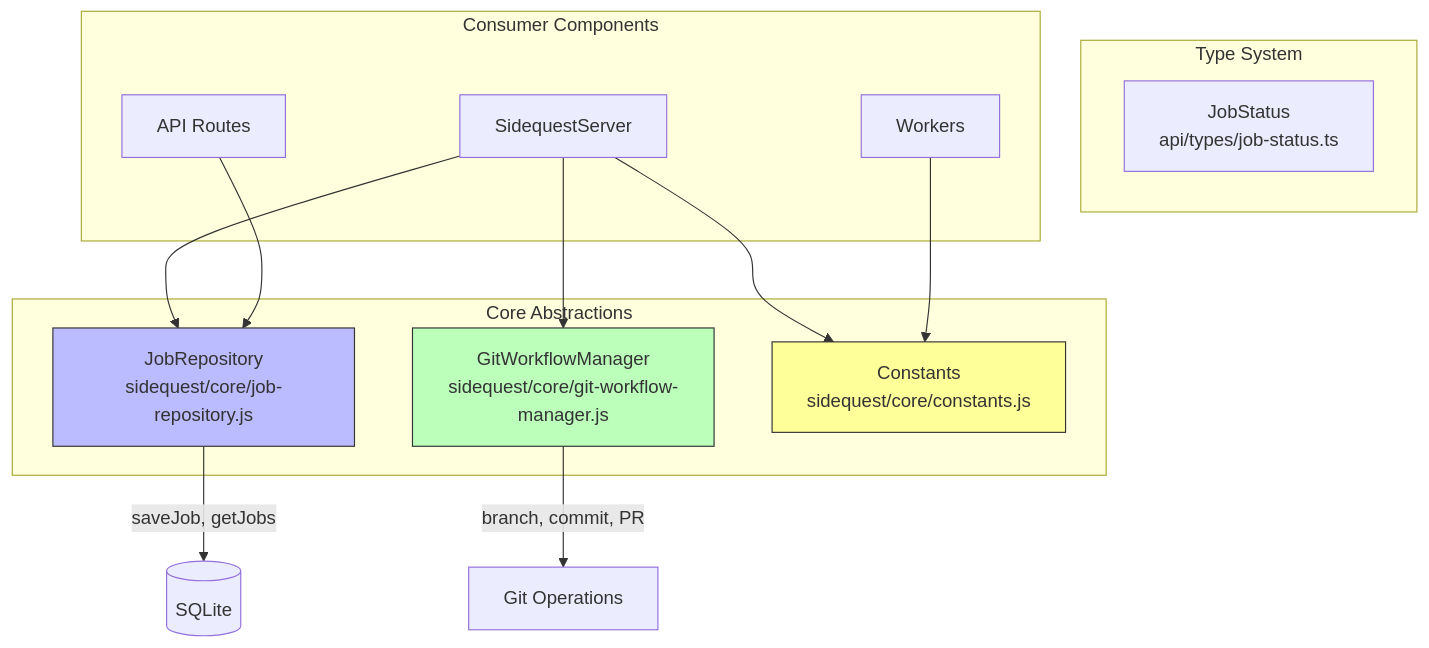
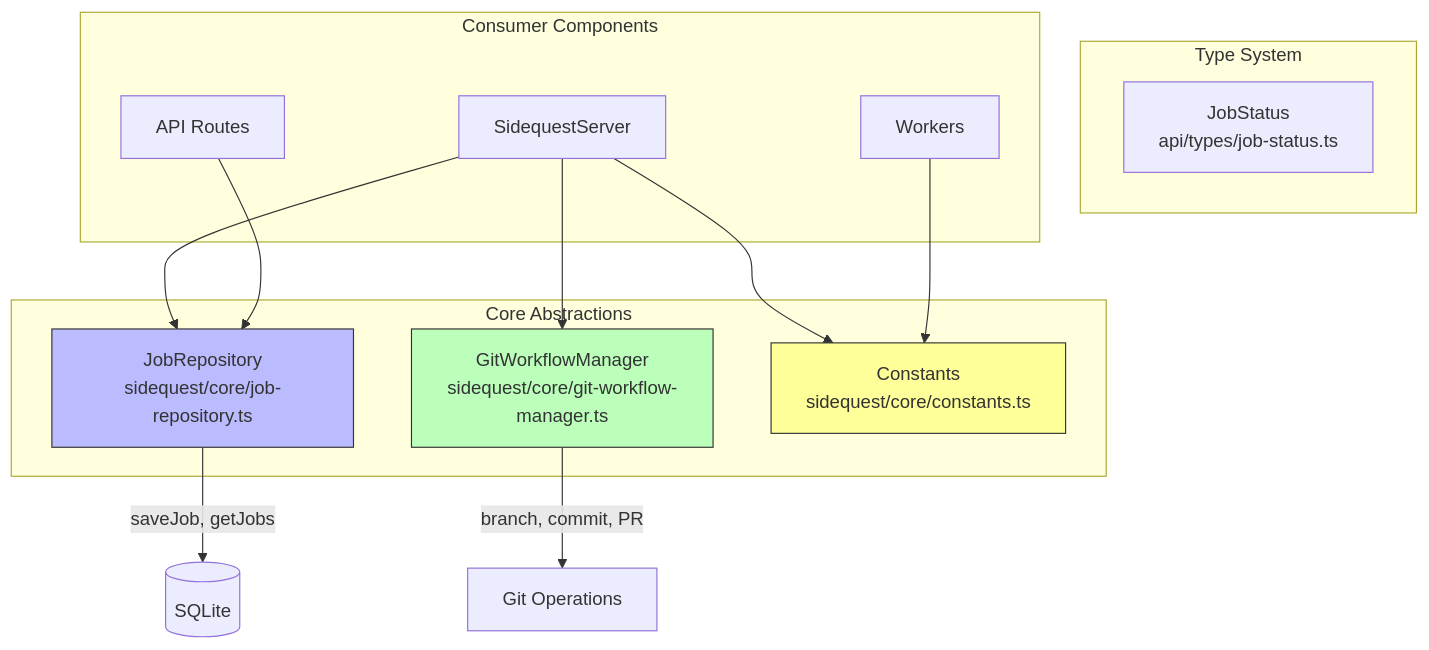
One commit to integritystudio/AlephAuto changed diagram 11 of 14 in docs/architecture/SYSTEM-DATA-FLOW.md. Above: the diagram before and after it, drawn with Mermaid. The commit also changed other lines of this file and 9 other files, not shown here.

````diff
--- a/docs/architecture/SYSTEM-DATA-FLOW.md
+++ b/docs/architecture/SYSTEM-DATA-FLOW.md
@@ -599,31 +599,31 @@
 ```mermaid
 flowchart TB
     subgraph Core["Core Abstractions"]
-        JobRepo["JobRepository<br/>sidequest/core/job-repository.js"]
-        GitWF["GitWorkflowManager<br/>sidequest/core/git-workflow-manager.js"]
-        Constants["Constants<br/>sidequest/core/constants.js"]
+        JobRepo["JobRepository<br/>sidequest/core/job-repository.ts"]
+        GitWF["GitWorkflowManager<br/>sidequest/core/git-workflow-manager.ts"]
+        Constants["Constants<br/>sidequest/core/constants.ts"]
     end
 
     subgraph Types["Type System"]
         JobStatus["JobStatus<br/>api/types/job-status.ts"]
     end
 
     subgraph Consumers["Consumer Components"]
         Server["SidequestServer"]
         Routes["API Routes"]
         Workers["Workers"]
     end
 
     Server --> JobRepo
     Server --> GitWF
     Server --> Constants
     Routes --> JobRepo
     Workers --> Constants
 
     JobRepo -->|"saveJob, getJobs"| DB[(SQLite)]
     GitWF -->|"branch, commit, PR"| Git[Git Operations]
 
     style JobRepo fill:#bbf,stroke:#333
     style GitWF fill:#bfb,stroke:#333
     style Constants fill:#ff9,stroke:#333
 ```
````
